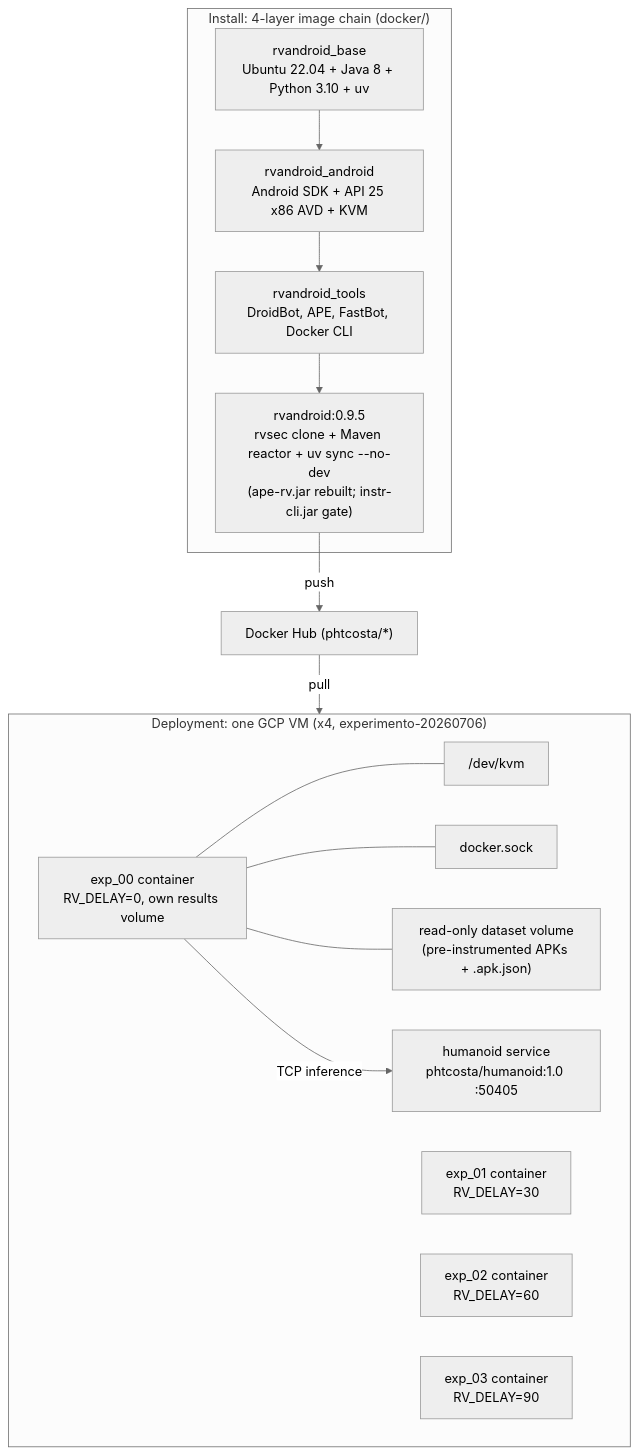
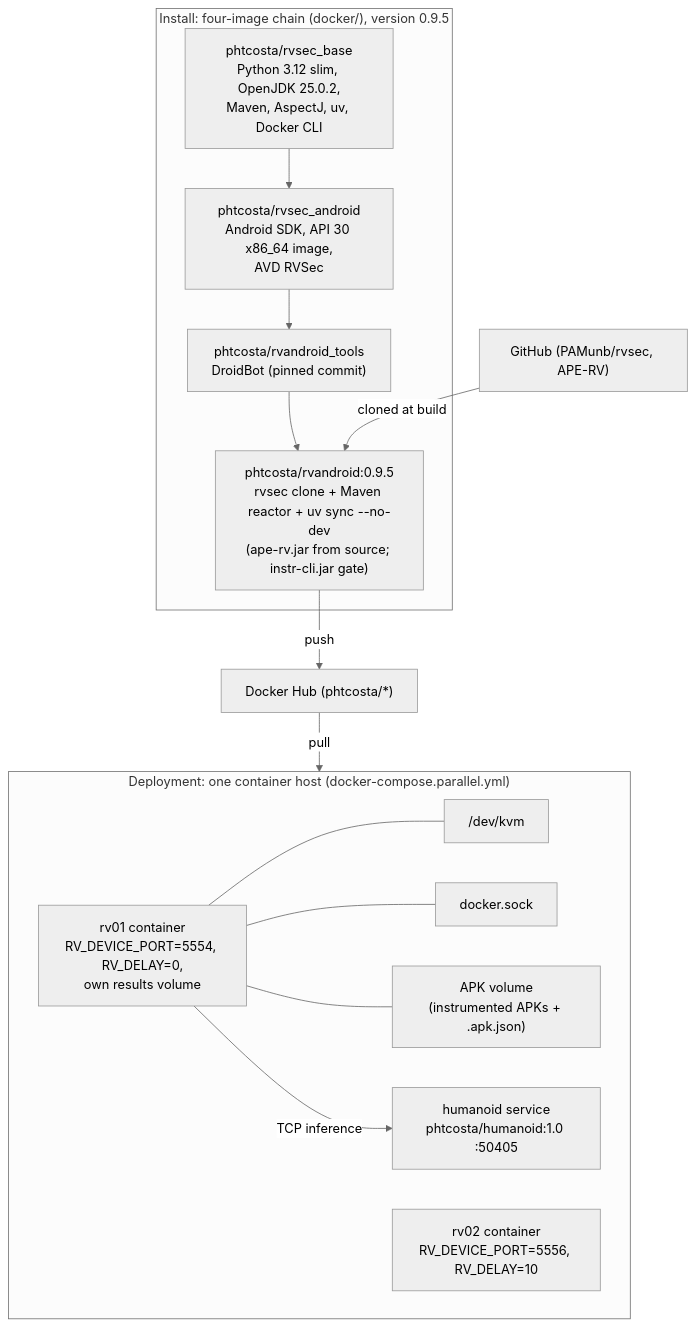
One commit to PAMunb/rvsec changed the fourth of 4 diagrams in rv-android/docs/architecture/subsystem-rv-experiment.md. Above: the diagram before and after it, drawn with Mermaid. The commit also changed other lines of this file and 7 other files, not shown here.

````diff
--- a/rv-android/docs/architecture/subsystem-rv-experiment.md
+++ b/rv-android/docs/architecture/subsystem-rv-experiment.md
@@ -1277,29 +1224,29 @@
 ```mermaid
 %%{init: {'theme': 'neutral'}}%%
 flowchart TB
-    subgraph CHAIN["Install: 4-layer image chain (docker/)"]
-        IBASE["rvandroid_base<br/>Ubuntu 22.04 + Java 8 + Python 3.10 + uv"]
-        IANDR["rvandroid_android<br/>Android SDK + API 25 x86 AVD + KVM"]
-        ITOOL["rvandroid_tools<br/>DroidBot, APE, FastBot, Docker CLI"]
-        IRVA["rvandroid:0.9.5<br/>rvsec clone + Maven reactor + uv sync --no-dev<br/>(ape-rv.jar rebuilt; instr-cli.jar gate)"]
+    subgraph CHAIN["Install: four-image chain (docker/), version 0.9.5"]
+        IBASE["phtcosta/rvsec_base<br/>Python 3.12 slim, OpenJDK 25.0.2,<br/>Maven, AspectJ, uv, Docker CLI"]
+        IANDR["phtcosta/rvsec_android<br/>Android SDK, API 30 x86_64 image,<br/>AVD RVSec"]
+        ITOOL["phtcosta/rvandroid_tools<br/>DroidBot (pinned commit)"]
+        IRVA["phtcosta/rvandroid:0.9.5<br/>rvsec clone + Maven reactor + uv sync --no-dev<br/>(ape-rv.jar from source; instr-cli.jar gate)"]
         IBASE --> IANDR --> ITOOL --> IRVA
     end
+    GHUB["GitHub (PAMunb/rvsec, APE-RV)"]
     DHUB["Docker Hub (phtcosta/*)"]
+    GHUB -- "cloned at build" --> IRVA
     IRVA -- "push" --> DHUB
 
-    subgraph GVM["Deployment: one GCP VM (x4, experimento-20260706)"]
-        EXP0["exp_00 container<br/>RV_DELAY=0, own results volume"]
-        EXP1["exp_01 container<br/>RV_DELAY=30"]
-        EXP2["exp_02 container<br/>RV_DELAY=60"]
-        EXP3["exp_03 container<br/>RV_DELAY=90"]
+    subgraph HOSTN["Deployment: one container host (docker-compose.parallel.yml)"]
+        RV01["rv01 container<br/>RV_DEVICE_PORT=5554, RV_DELAY=0,<br/>own results volume"]
+        RV02["rv02 container<br/>RV_DEVICE_PORT=5556, RV_DELAY=10"]
         HUMS["humanoid service<br/>phtcosta/humanoid:1.0 :50405"]
         KVMD["/dev/kvm"]
         DSK["docker.sock"]
-        DSET["read-only dataset volume<br/>(pre-instrumented APKs + .apk.json)"]
+        DSET["APK volume<br/>(instrumented APKs + .apk.json)"]
     end
-    DHUB -- "pull" --> GVM
-    EXP0 --- KVMD
-    EXP0 --- DSK
-    EXP0 --- DSET
-    EXP0 -- "TCP inference" --> HUMS
+    DHUB -- "pull" --> HOSTN
+    RV01 --- KVMD
+    RV01 --- DSK
+    RV01 --- DSET
+    RV01 -- "TCP inference" --> HUMS
 ```
````
